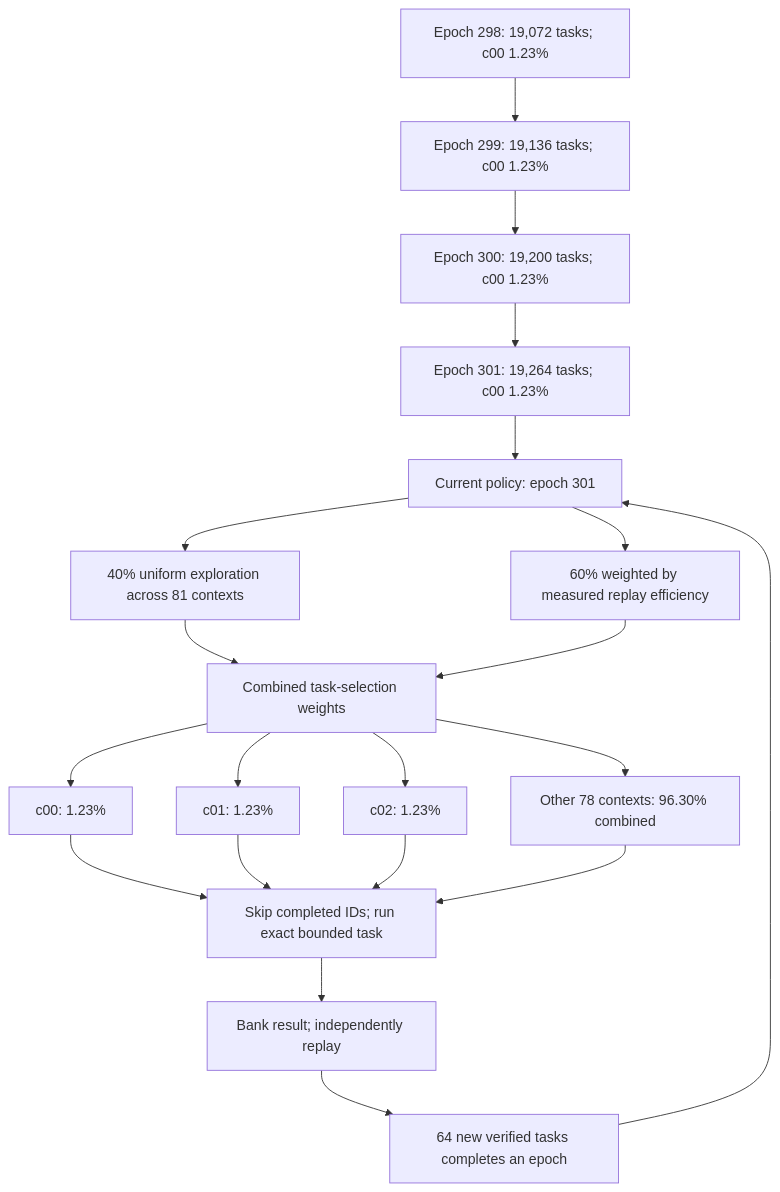
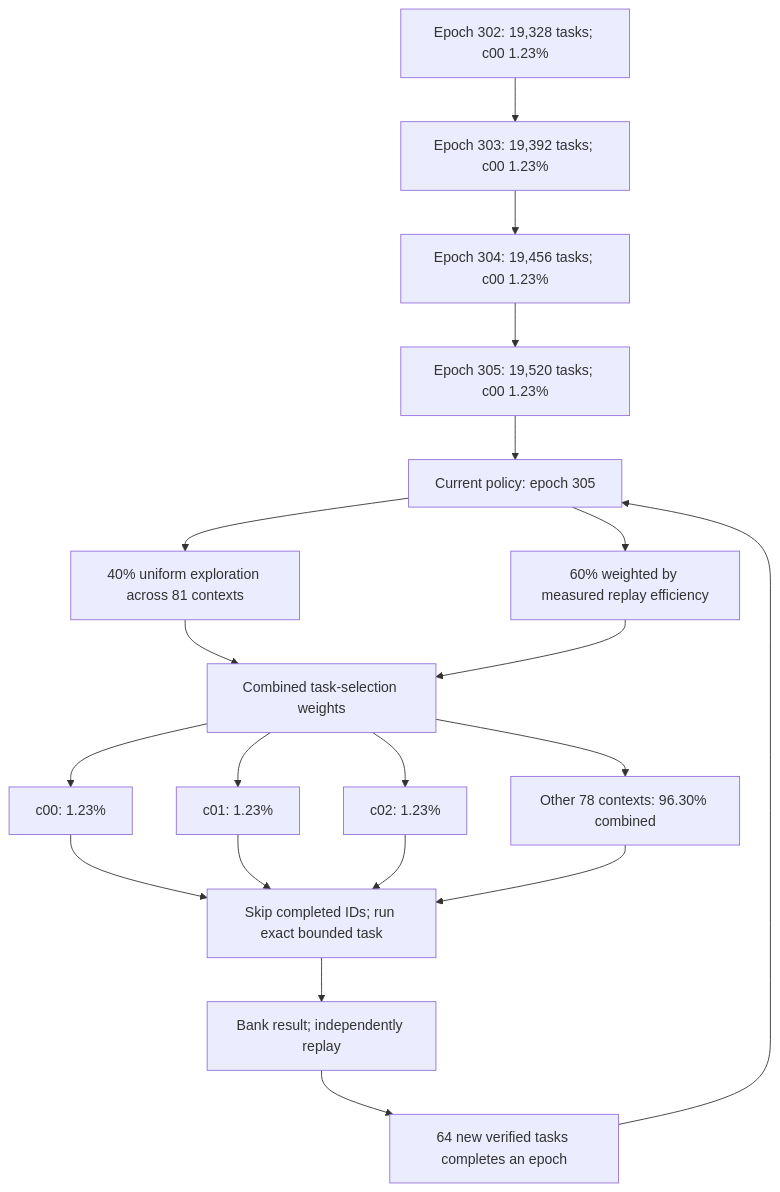
The first of 2 diagrams in README.md (Kuberwastaken/math-gambling), drawn with Mermaid before and after one commit. The commit also changed other lines of this file and 596 other files, not shown here.

````diff
--- a/README.md
+++ b/README.md
@@ -49,27 +49,27 @@
 ```mermaid
 flowchart TD
-    H0["Epoch 298: 19,072 tasks; c00 1.23%"]
-    H1["Epoch 299: 19,136 tasks; c00 1.23%"]
+    H0["Epoch 302: 19,328 tasks; c00 1.23%"]
+    H1["Epoch 303: 19,392 tasks; c00 1.23%"]
     H0 --> H1
-    H2["Epoch 300: 19,200 tasks; c00 1.23%"]
+    H2["Epoch 304: 19,456 tasks; c00 1.23%"]
     H1 --> H2
-    H3["Epoch 301: 19,264 tasks; c00 1.23%"]
+    H3["Epoch 305: 19,520 tasks; c00 1.23%"]
     H2 --> H3
-    Policy["Current policy: epoch 301"]
+    Policy["Current policy: epoch 305"]
     H3 --> Policy
     Policy --> Explore["40% uniform exploration across 81 contexts"]
     Policy --> Cost["60% weighted by measured replay efficiency"]
     Explore --> Mix["Combined task-selection weights"]
     Cost --> Mix
     Mix --> C0["c00: 1.23%"]
     Mix --> C1["c01: 1.23%"]
     Mix --> C2["c02: 1.23%"]
     Mix --> Rest["Other 78 contexts: 96.30% combined"]
     C0 --> Check["Skip completed IDs; run exact bounded task"]
     C1 --> Check
     C2 --> Check
     Rest --> Check
     Check --> Replay["Bank result; independently replay"]
     Replay --> Gate["64 new verified tasks completes an epoch"]
     Gate --> Policy
 ```
````
